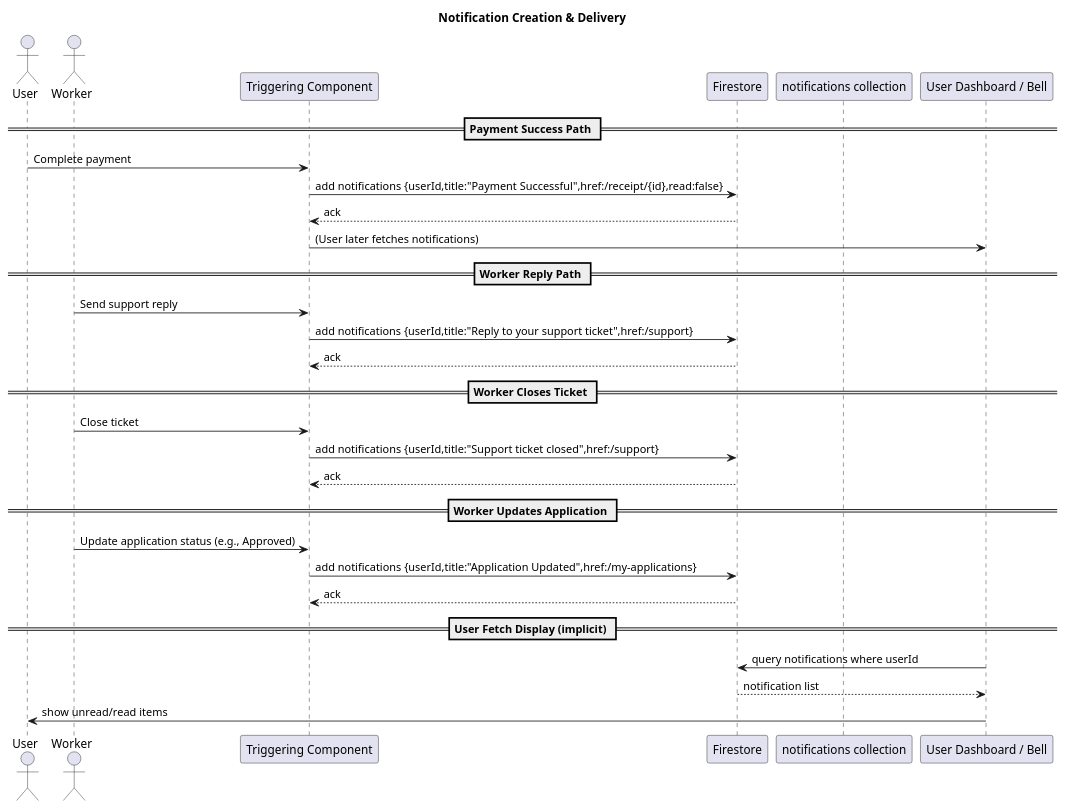
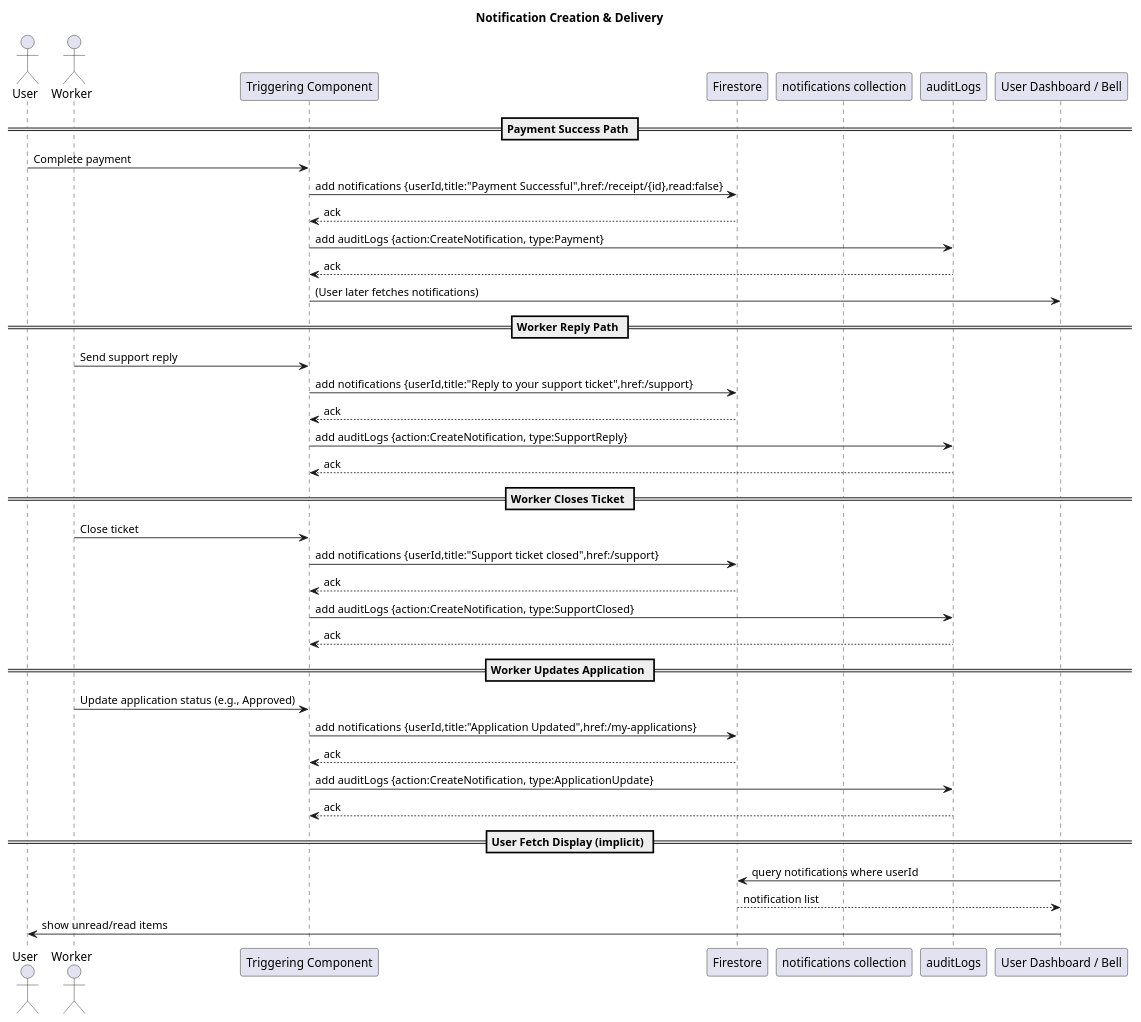
The diagram in docs/sequence-diagrams/notification-flow.puml (AdithyaSean/govconnect-sl), drawn with PlantUML before and after one commit. The commit also changed 34 other files, not shown here.

```diff
--- a/docs/sequence-diagrams/notification-flow.puml
+++ b/docs/sequence-diagrams/notification-flow.puml
@@ -1,38 +1,47 @@
 @startuml notification_flow
 title Notification Creation & Delivery
 ' =====================================================================
 ' Sources: payment/page.tsx, worker application & support pages
 ' =====================================================================
 actor User
 actor Worker
 participant UI as "Triggering Component"
 participant FS as "Firestore"
 participant Notify as "notifications collection"
+participant AUD as "auditLogs"
 participant Dest as "User Dashboard / Bell"
 
 == Payment Success Path ==
 User -> UI: Complete payment
 UI -> FS: add notifications {userId,title:"Payment Successful",href:/receipt/{id},read:false}
 FS --> UI: ack
+UI -> AUD: add auditLogs {action:CreateNotification, type:Payment}
+AUD --> UI: ack
 UI -> Dest: (User later fetches notifications)
 
 == Worker Reply Path ==
 Worker -> UI: Send support reply
 UI -> FS: add notifications {userId,title:"Reply to your support ticket",href:/support}
 FS --> UI: ack
+UI -> AUD: add auditLogs {action:CreateNotification, type:SupportReply}
+AUD --> UI: ack
 
 == Worker Closes Ticket ==
 Worker -> UI: Close ticket
 UI -> FS: add notifications {userId,title:"Support ticket closed",href:/support}
 FS --> UI: ack
+UI -> AUD: add auditLogs {action:CreateNotification, type:SupportClosed}
+AUD --> UI: ack
 
 == Worker Updates Application ==
 Worker -> UI: Update application status (e.g., Approved)
 UI -> FS: add notifications {userId,title:"Application Updated",href:/my-applications}
 FS --> UI: ack
+UI -> AUD: add auditLogs {action:CreateNotification, type:ApplicationUpdate}
+AUD --> UI: ack
 
 == User Fetch Display (implicit) ==
 Dest -> FS: query notifications where userId
 FS --> Dest: notification list
 Dest -> User: show unread/read items
 @enduml
```
